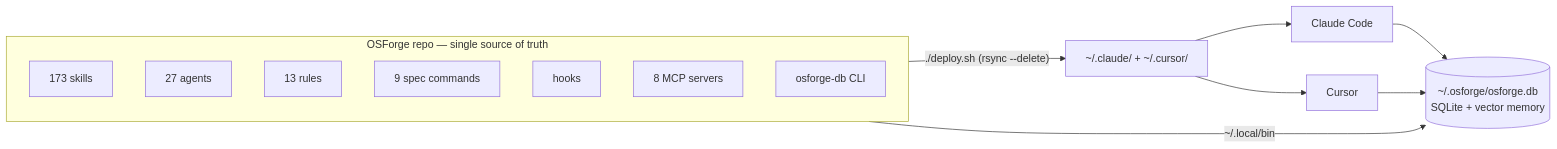
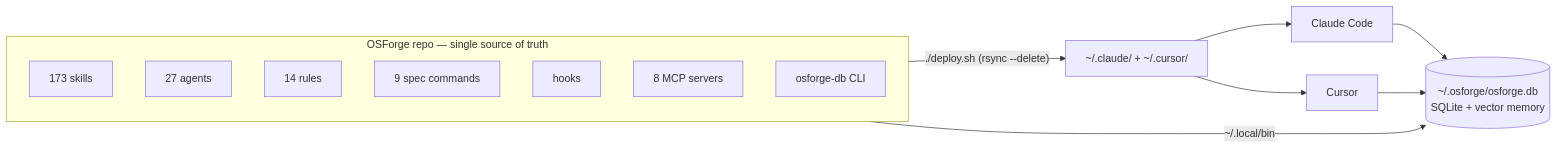
One commit to plocemourasouza/osforge changed the first of 5 diagrams in README.md. Above: the diagram before and after it, drawn with Mermaid. The commit also changed other lines of this file and 5 other files, not shown here.

````diff
--- a/README.md
+++ b/README.md
@@ -50,19 +50,19 @@
 ```mermaid
 flowchart LR
   subgraph REPO["OSForge repo — single source of truth"]
     direction TB
     SK["173 skills"]
     AG["27 agents"]
-    RU["13 rules"]
+    RU["14 rules"]
     CM["9 spec commands"]
     HK["hooks"]
     MC["8 MCP servers"]
     DBCLI["osforge-db CLI"]
   end
   REPO -->|"./deploy.sh (rsync --delete)"| HOME["~/.claude/ + ~/.cursor/"]
   HOME --> CC["Claude Code"]
   HOME --> CU["Cursor"]
   DBCLI -->|"~/.local/bin"| STATE[("~/.osforge/osforge.db<br/>SQLite + vector memory")]
   CC --> STATE
   CU --> STATE
 ```
````
